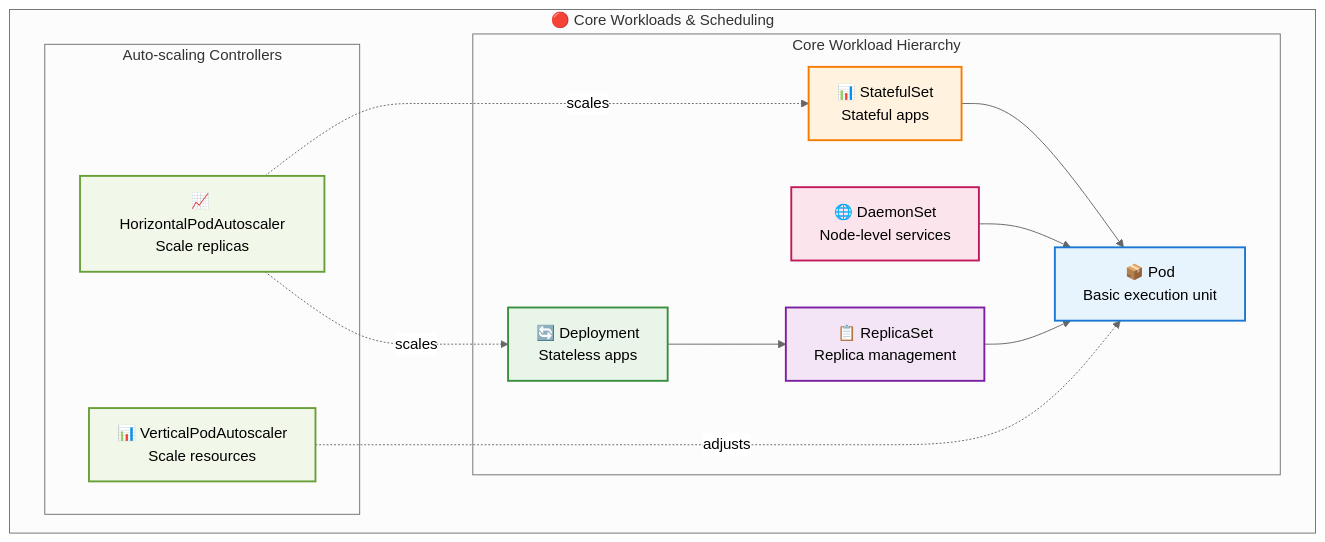
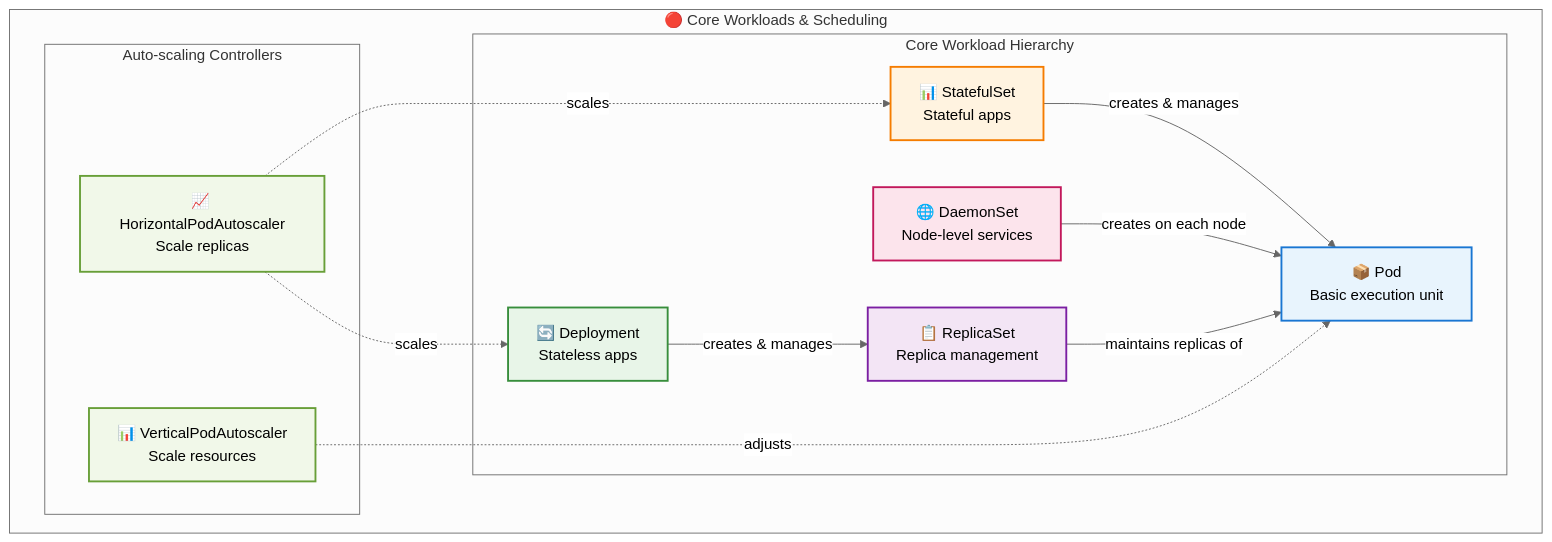
The first of 8 diagrams in 1.4_distributed_systems/kubernetes_developer_guide.md (razkevich/system_design_course), drawn with Mermaid (neutral theme) before and after one commit. The commit also changed other lines of this file, not shown here.

````diff
--- a/1.4_distributed_systems/kubernetes_developer_guide.md
+++ b/1.4_distributed_systems/kubernetes_developer_guide.md
@@ -9,36 +9,36 @@
 ```mermaid
 flowchart TD
     subgraph "🔴 Core Workloads & Scheduling"
         
         subgraph "Core Workload Hierarchy"
             Deployment["🔄 Deployment<br/>Stateless apps"]
             StatefulSet["📊 StatefulSet<br/>Stateful apps"]
             DaemonSet["🌐 DaemonSet<br/>Node-level services"]
             
             ReplicaSet["📋 ReplicaSet<br/>Replica management"]
             Pod["📦 Pod<br/>Basic execution unit"]
             
-            Deployment --> ReplicaSet
-            StatefulSet --> Pod
-            DaemonSet --> Pod
-            ReplicaSet --> Pod
+            Deployment -->|"creates & manages"| ReplicaSet
+            StatefulSet -->|"creates & manages"| Pod
+            DaemonSet -->|"creates on each node"| Pod
+            ReplicaSet -->|"maintains replicas of"| Pod
         end
         
         subgraph "Auto-scaling Controllers"
             HPA["📈 HorizontalPodAutoscaler<br/>Scale replicas"]
             VPA["📊 VerticalPodAutoscaler<br/>Scale resources"]
             
             HPA -.->|"scales"| Deployment
             HPA -.->|"scales"| StatefulSet
             VPA -.->|"adjusts"| Pod
         end
     end
     
     style Pod fill:#e8f4fd,stroke:#1976d2,stroke-width:2px,color:#000
     style ReplicaSet fill:#f3e5f5,stroke:#7b1fa2,stroke-width:2px,color:#000
     style Deployment fill:#e8f5e8,stroke:#388e3c,stroke-width:2px,color:#000
     style StatefulSet fill:#fff3e0,stroke:#f57c00,stroke-width:2px,color:#000
     style DaemonSet fill:#fce4ec,stroke:#c2185b,stroke-width:2px,color:#000
     style HPA fill:#f1f8e9,stroke:#689f38,stroke-width:2px,color:#000
     style VPA fill:#f1f8e9,stroke:#689f38,stroke-width:2px,color:#000
 ```
````
